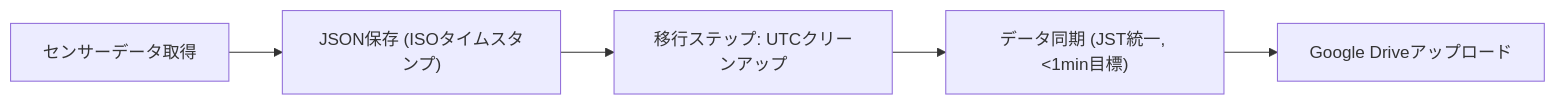
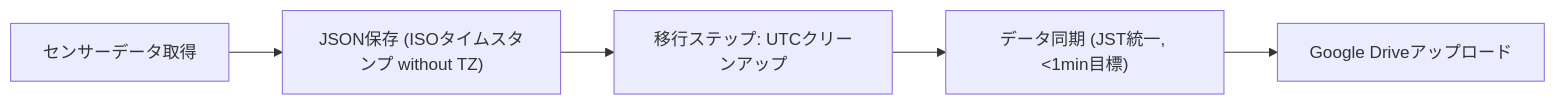
Before and after one commit to hidecodegit/my-hobby-code-A: the first of 2 diagrams in docs/system-design.md, drawn with Mermaid. The commit also changed other lines of this file and 2 other files, not shown here.

````diff
--- a/docs/system-design.md
+++ b/docs/system-design.md
@@ -33,7 +65,7 @@
       ```mermaid
       graph LR
-          Sensor[センサーデータ取得] --> JSON["JSON保存 (ISOタイムスタンプ)"]
+          Sensor[センサーデータ取得] --> JSON["JSON保存 (ISOタイムスタンプ without TZ)"]
           JSON --> Cleanup[移行ステップ: UTCクリーンアップ]
           Cleanup --> Sync["データ同期 (JST統一, <1min目標)"]
           Sync --> Drive[Google Driveアップロード]
       ```
````
